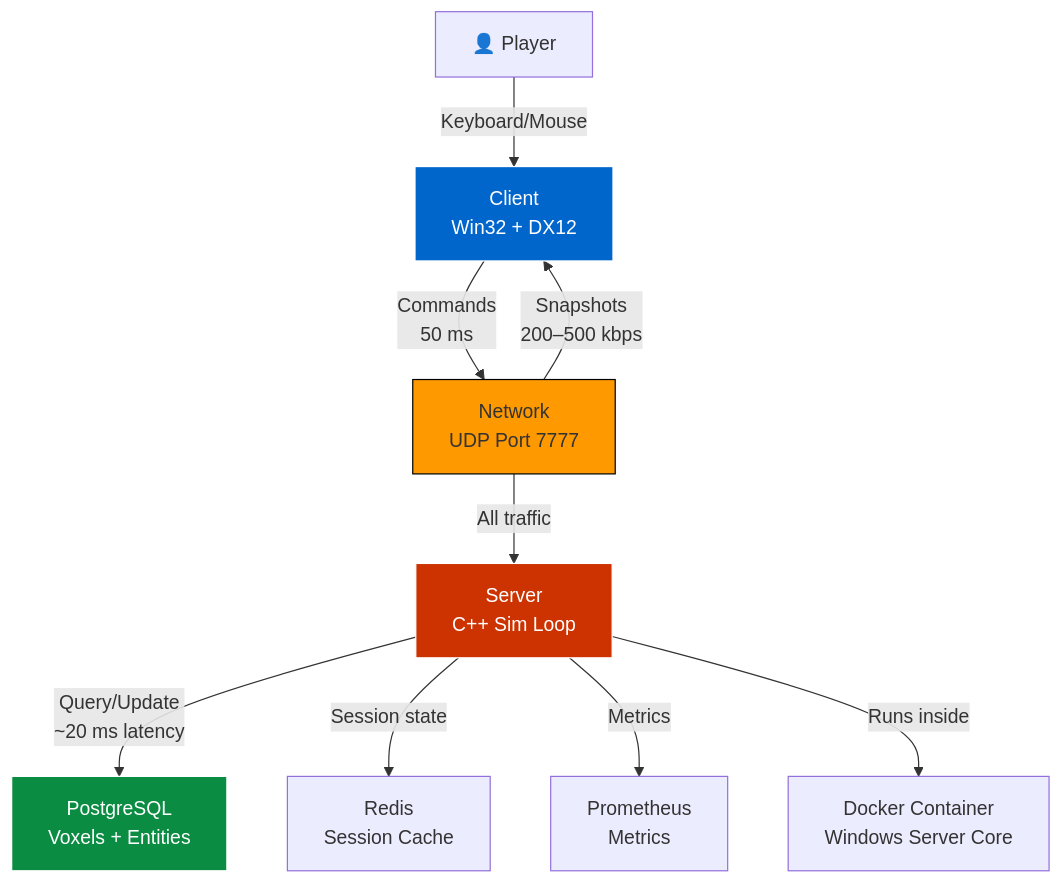
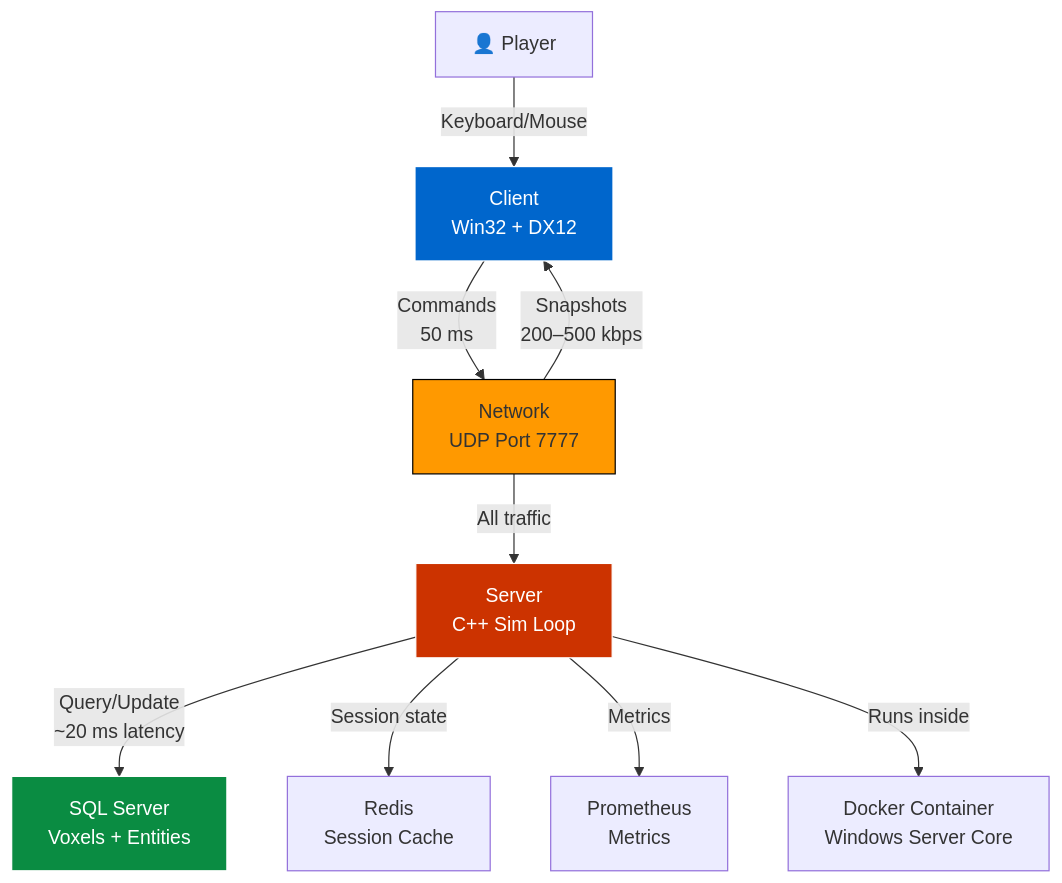
Before and after one commit to Zwaliebaba/StarStrike.RTS: the first of 5 diagrams in StarStrike.md, drawn with Mermaid. The commit also changed other lines of this file and 10 other files, not shown here.

````diff
--- a/StarStrike.md
+++ b/StarStrike.md
@@ -71,25 +71,25 @@
 ```mermaid
 graph TB
     Player["👤 Player"]
     Client["Client<br/>Win32 + DX12"]
     Network["Network<br/>UDP Port 7777"]
     Server["Server<br/>C++ Sim Loop"]
-    DB["PostgreSQL<br/>Voxels + Entities"]
+    DB["SQL Server<br/>Voxels + Entities"]
     Cache["Redis<br/>Session Cache"]
     Metrics["Prometheus<br/>Metrics"]
     Container["Docker Container<br/>Windows Server Core"]
     
     Player -->|"Keyboard/Mouse"| Client
     Client -->|"Commands<br/>50 ms"| Network
     Network -->|"Snapshots<br/>200–500 kbps"| Client
     Network -->|"All traffic"| Server
     Server -->|"Query/Update<br/>~20 ms latency"| DB
     Server -->|"Session state"| Cache
     Server -->|"Metrics"| Metrics
     Server -->|"Runs inside"| Container
     
     style Client fill:#0066cc,stroke:#fff,color:#fff
     style Server fill:#cc3300,stroke:#fff,color:#fff
     style DB fill:#0a8c42,stroke:#fff,color:#fff
     style Network fill:#ff9900,stroke:#000
 ```
````
